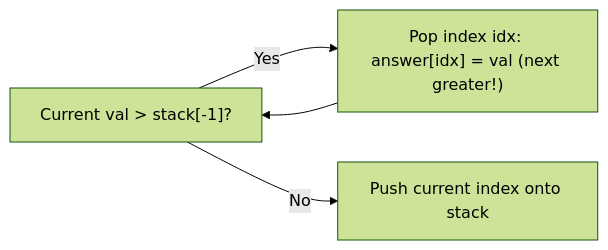
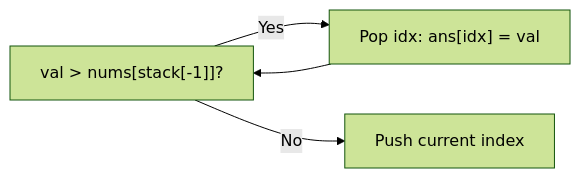
The diagram in grokking-coding-interview/20-stacks-and-monotonic-stack.md (SanjayR857/All-in-One-Notes), drawn with Mermaid (forest theme) before and after one commit. The commit also changed other lines of this file and 22 other files, not shown here.

````diff
--- a/grokking-coding-interview/20-stacks-and-monotonic-stack.md
+++ b/grokking-coding-interview/20-stacks-and-monotonic-stack.md
@@ -20,5 +20,5 @@
 ```mermaid
 flowchart LR
-    Cur["Current val > stack[-1]?"] -- Yes --> Pop["Pop index idx: answer[idx] = val (next greater!)"] --> Cur
-    Cur -- No --> Push["Push current index onto stack"]
+    Cur["val > nums[stack[-1]]?"] -- Yes --> Pop["Pop idx: ans[idx] = val"] --> Cur
+    Cur -- No --> Push["Push current index"]
 ```
````
